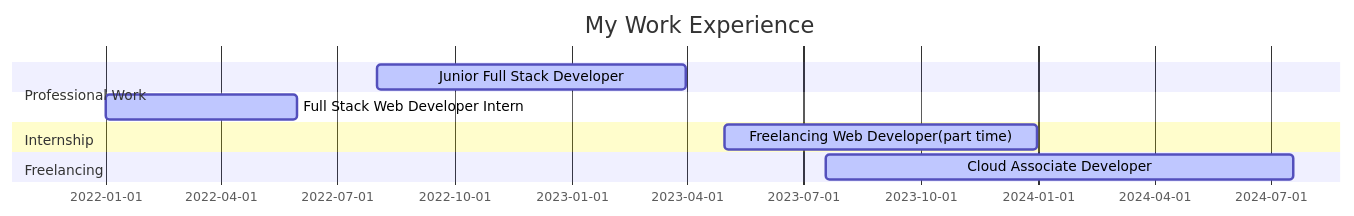
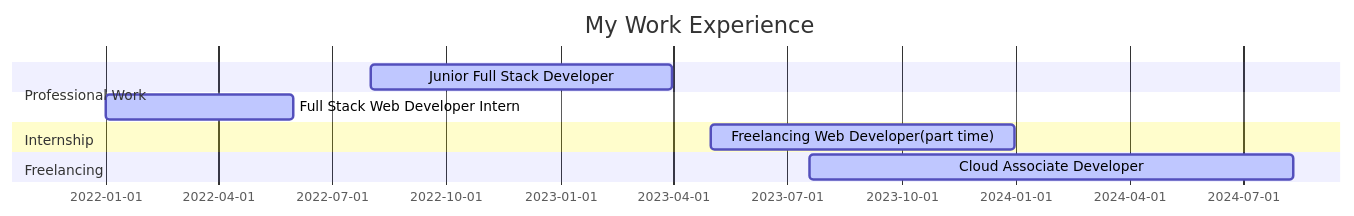
Before and after one commit to Ultrahalf/Ultrahalf: the diagram in README.md, drawn with Mermaid. The commit also changed other lines of this file, not shown here.

````diff
--- a/README.md
+++ b/README.md
@@ -16,17 +16,17 @@
 ```mermaid
 gantt
     dateFormat  YYYY-MM-DD
     title My Work Experience
 
     section Professional Work
     Junior Full Stack Developer :active, 2022-08-01, 2023-03-31
 
     section Internship
     Full Stack Web Developer Intern :active, 2022-01-01, 2022-05-31
 
     section Freelancing
     Freelancing Web Developer(part time) :active, 2023-05-01, 2023-12-31
 
     section Professional Work
-    Cloud Associate Developer :active, 2023-07-19, 2024-07-19
+    Cloud Associate Developer :active, 2023-07-19, 2024-08-10
 ```
````
